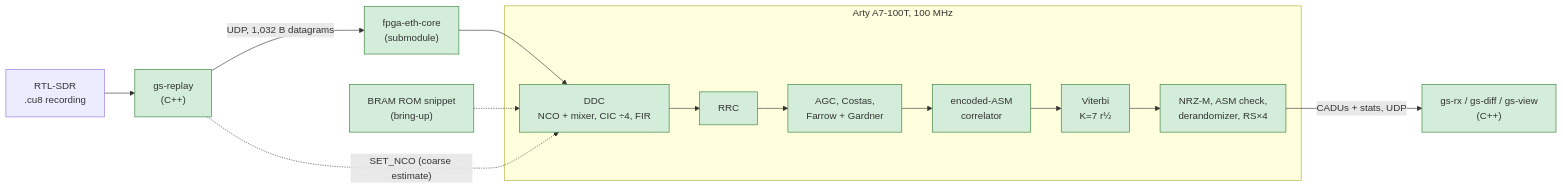
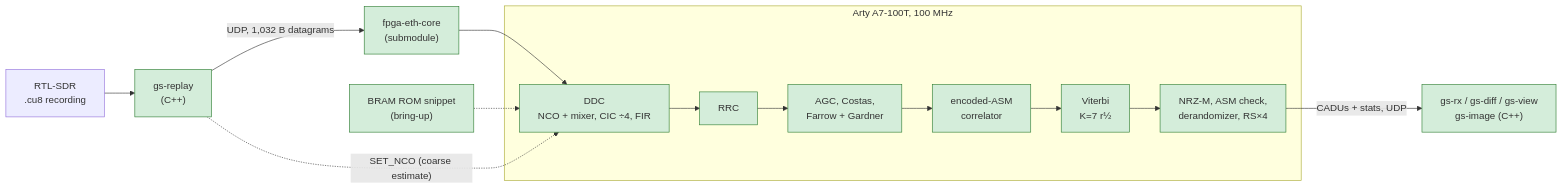
The diagram in README.md (RodeanAzari/ccsds-meteor-lrpt-receiver), drawn with Mermaid before and after one commit. The commit also changed other lines of this file, not shown here.

````diff
--- a/README.md
+++ b/README.md
@@ -124,18 +124,18 @@
 ```mermaid
 flowchart LR
     SDR["RTL-SDR<br/>.cu8 recording"] --> GSR["gs-replay<br/>(C++)"]
     GSR -- "UDP, 1,032 B datagrams" --> ETH["fpga-eth-core<br/>(submodule)"]
     ETH --> DDC
     ROM["BRAM ROM snippet<br/>(bring-up)"] -.-> DDC
     subgraph FPGA ["Arty A7-100T, 100 MHz"]
         DDC["DDC<br/>NCO + mixer, CIC ÷4, FIR"] --> RRC["RRC"]
         RRC --> SYNC["AGC, Costas,<br/>Farrow + Gardner"]
         SYNC --> FS["encoded-ASM<br/>correlator"]
         FS --> VIT["Viterbi<br/>K=7 r½"]
         VIT --> BACK["NRZ-M, ASM check,<br/>derandomizer, RS×4"]
     end
-    BACK -- "CADUs + stats, UDP" --> GS["gs-rx / gs-diff / gs-view<br/>(C++)"]
+    BACK -- "CADUs + stats, UDP" --> GS["gs-rx / gs-diff / gs-view<br/>gs-image (C++)"]
     GSR -.->|"SET_NCO (coarse estimate)"| DDC
     classDef done fill:#d4edda,stroke:#2e7d32;
     class DDC,GSR,ROM,RRC,SYNC,FS,VIT,ETH,BACK,GS done;
 ```
````
